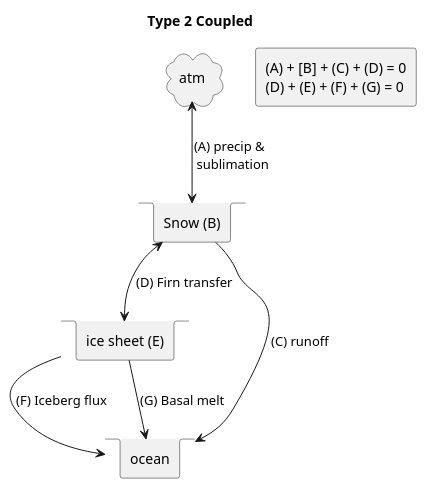
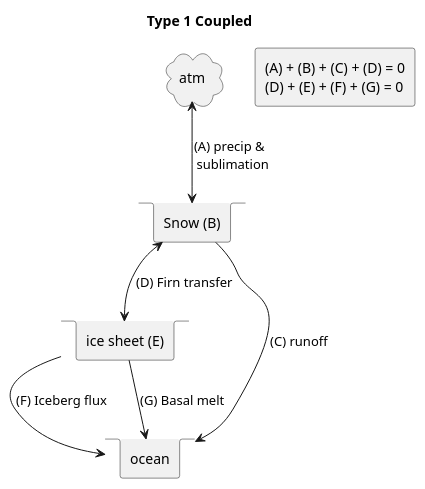
One commit to NASA-GISS/freshwater-forcing-workshop changed the fourth of 4 diagrams in freshwater.org. Above: the diagram before and after it, drawn with PlantUML.

Commit message:
A few small fixes to Coupled Type 1

```diff
--- a/freshwater.org
+++ b/freshwater.org
@@ -123,25 +123,25 @@
 #+BEGIN_SRC plantuml :file fig/type_1_coupled.svg :exports results
 @startuml
-Title: Type 2 Coupled
+Title: Type 1 Coupled
 
 cloud atm
 stack snow [
 Snow (B)
 ]
 stack ice [
  ice sheet (E)
 ]
 stack ocean
 
 atm <--> snow : (A) precip & \n sublimation
 snow --> ocean : (C) runoff
 snow <--> ice  : (D) Firn transfer
 ice --> ocean : (F) Iceberg flux
 ice --> ocean : (G) Basal melt
 
 rectangle legend [
-(A) + [B] + (C) + (D) = 0
+(A) + (B) + (C) + (D) = 0
 (D) + (E) + (F) + (G) = 0
 ]
 @enduml
 #+END_SRC
```
